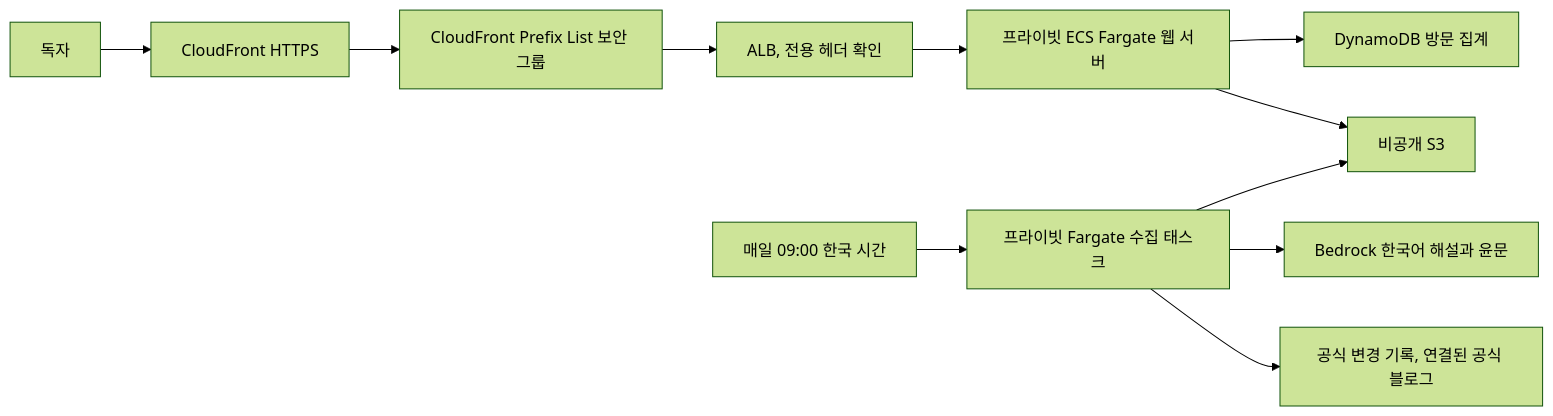
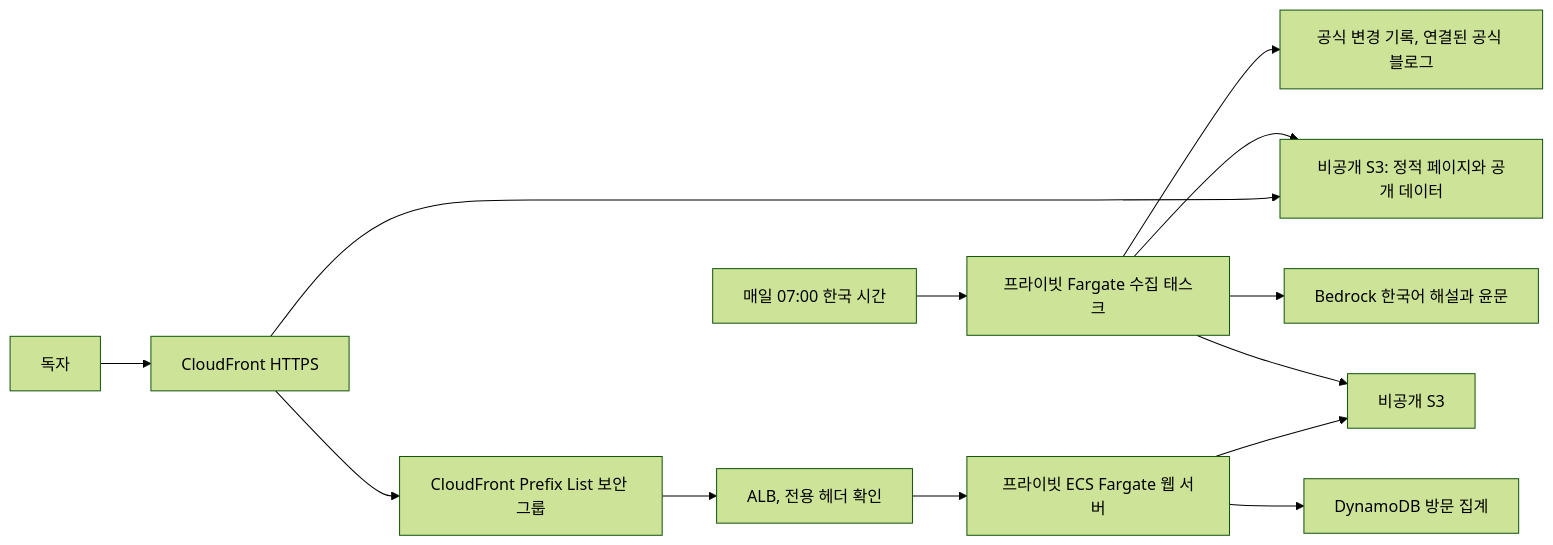
The diagram in README.md (whchoi98/code-pulse), drawn with Mermaid (forest theme) before and after one commit. The commit also changed other lines of this file and 90 other files, not shown here.

````diff
--- a/README.md
+++ b/README.md
@@ -43,13 +48,15 @@
 ```mermaid
 flowchart LR
     User["독자"] --> CF["CloudFront HTTPS"]
+    CF --> Site["비공개 S3: 정적 페이지와 공개 데이터"]
     CF --> SG["CloudFront Prefix List 보안 그룹"]
     SG --> ALB["ALB, 전용 헤더 확인"]
     ALB --> Web["프라이빗 ECS Fargate 웹 서버"]
     Web --> S3["비공개 S3"]
     Web --> Visitors["DynamoDB 방문 집계"]
-    Schedule["매일 09:00 한국 시간"] --> Worker["프라이빗 Fargate 수집 태스크"]
+    Schedule["매일 07:00 한국 시간"] --> Worker["프라이빗 Fargate 수집 태스크"]
     Worker --> Sources["공식 변경 기록, 연결된 공식 블로그"]
     Worker --> Bedrock["Bedrock 한국어 해설과 윤문"]
     Worker --> S3
+    Worker --> Site
 ```
````
